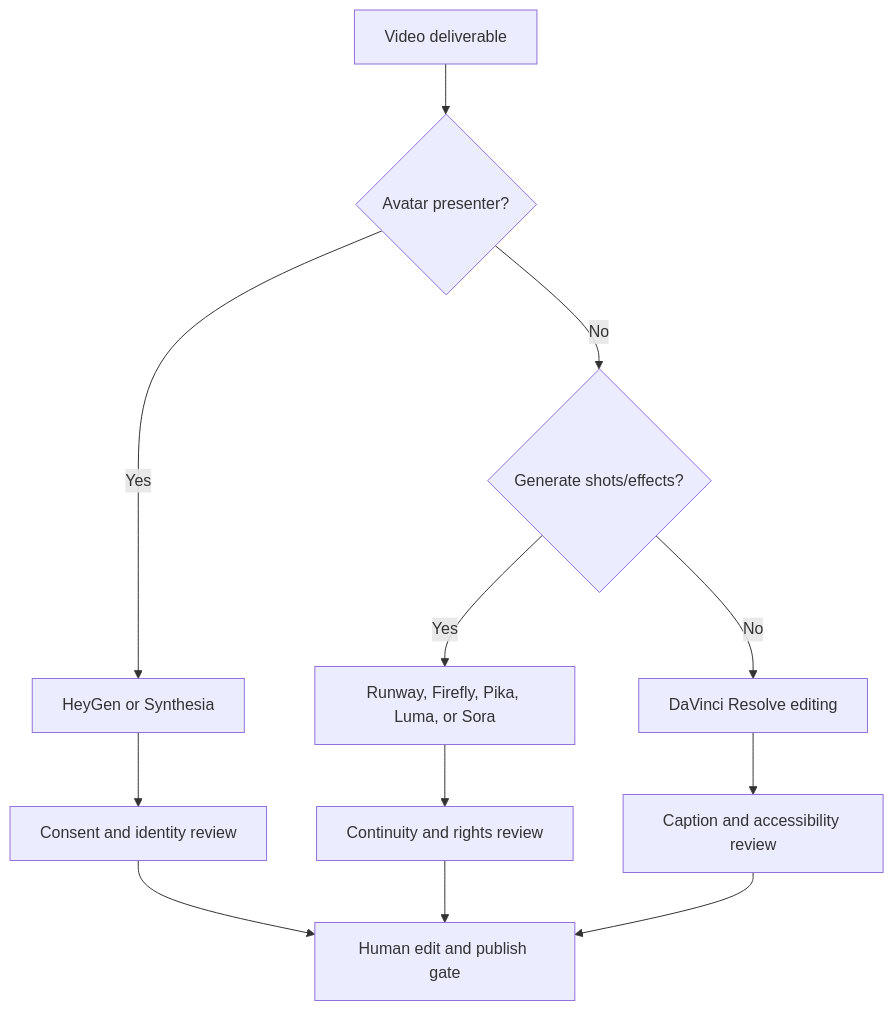
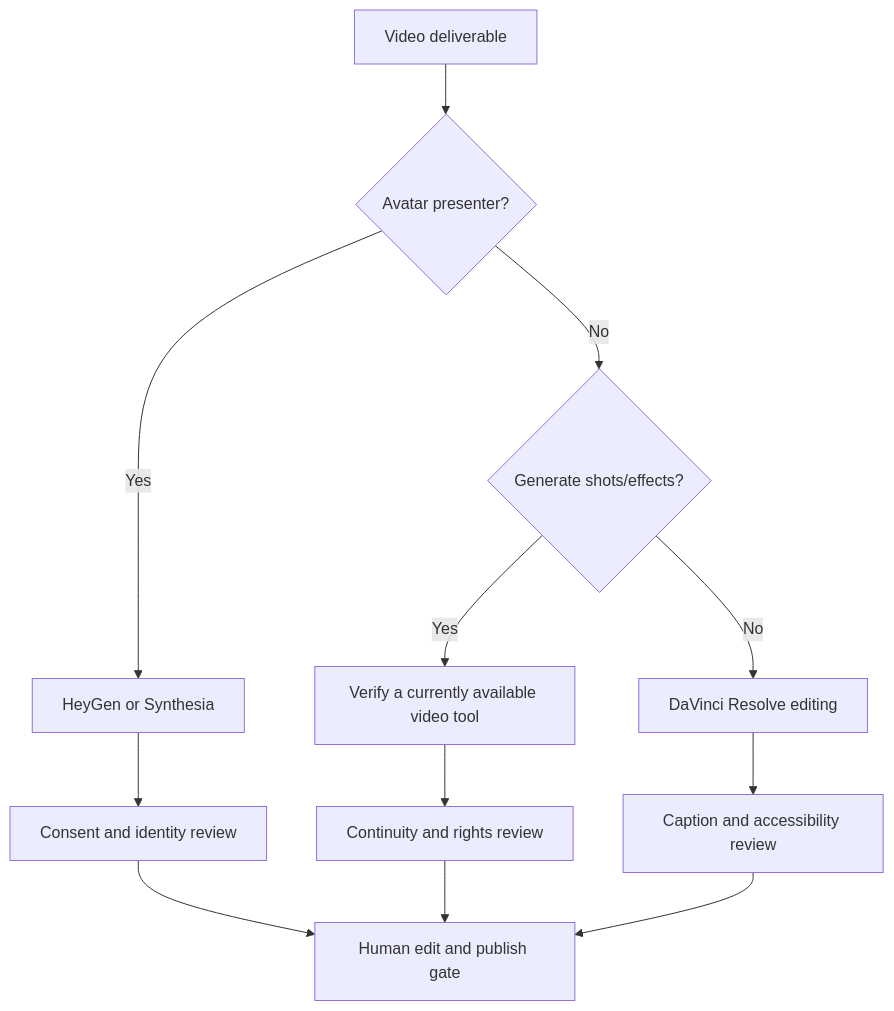
The diagram in 05 Tool Atlas/Video and Avatars.md (msinclair25/EverythingAI), drawn with Mermaid before and after one commit. The commit also changed other lines of this file and 104 other files, not shown here.

```diff
--- a/05 Tool Atlas/Video and Avatars.md
+++ b/05 Tool Atlas/Video and Avatars.md
@@ -59,14 +63,14 @@
 ~~~mermaid
 flowchart TD
     A["Video deliverable"] --> B{"Avatar presenter?"}
     B -->|"Yes"| C["HeyGen or Synthesia"]
     B -->|"No"| D{"Generate shots/effects?"}
-    D -->|"Yes"| E["Runway, Firefly, Pika, Luma, or Sora"]
+    D -->|"Yes"| E["Verify a currently available video tool"]
     D -->|"No"| F["DaVinci Resolve editing"]
     C --> G["Consent and identity review"]
     E --> H["Continuity and rights review"]
     F --> I["Caption and accessibility review"]
     G --> J["Human edit and publish gate"]
     H --> J
     I --> J
 ~~~
```
